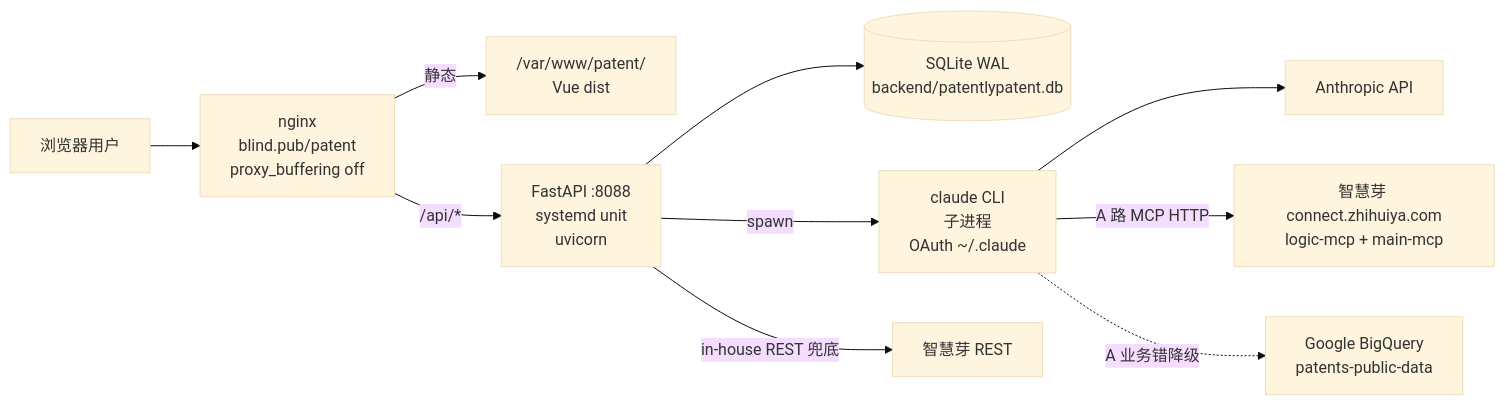
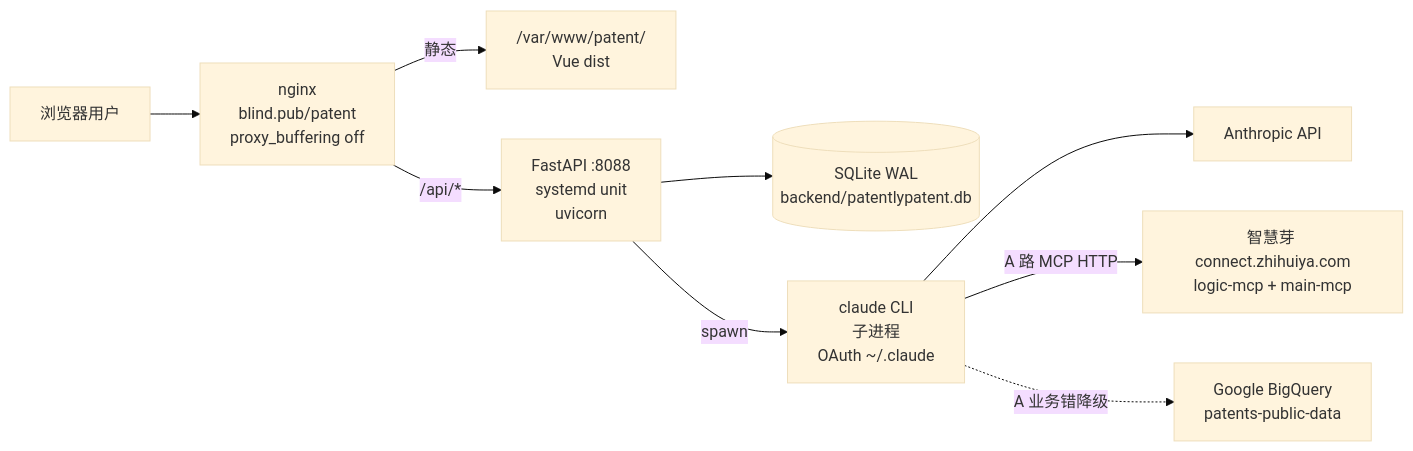
One commit to ChuangLee/PatentlyPatent changed the first of 2 diagrams in docs/deploy_runbook.md. Above: the diagram before and after it, drawn with Mermaid (base theme). The commit also changed other lines of this file and 5 other files, not shown here.

First line of the commit message:
feat: 下线老 in-house REST 5 工具（套餐欠费总返 67200005）

````diff
--- a/docs/deploy_runbook.md
+++ b/docs/deploy_runbook.md
@@ -11,12 +11,11 @@
 ```mermaid
 flowchart LR
     U[浏览器用户] --> NG[nginx<br/>blind.pub/patent<br/>proxy_buffering off]
     NG -->|静态| S["/var/www/patent/<br/>Vue dist"]
     NG -->|/api/*| API[FastAPI :8088<br/>systemd unit<br/>uvicorn]
     API --> DB[(SQLite WAL<br/>backend/patentlypatent.db)]
     API -->|spawn| CLI[claude CLI<br/>子进程<br/>OAuth ~/.claude]
     CLI --> ANT[Anthropic API]
     CLI -->|A 路 MCP HTTP| ZHY[智慧芽 connect.zhihuiya.com<br/>logic-mcp + main-mcp]
     CLI -.A 业务错降级.-> BQ[Google BigQuery<br/>patents-public-data]
-    API -->|in-house REST 兜底| ZHY_REST[智慧芽 REST]
 ```
````
